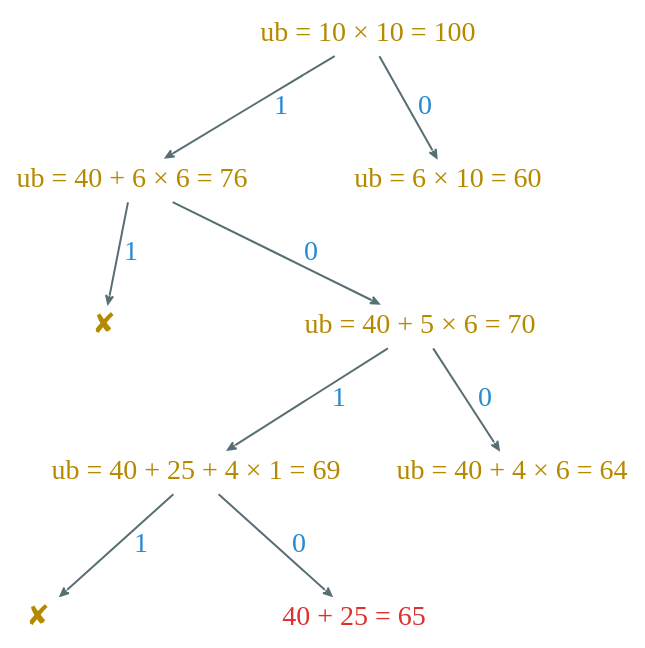
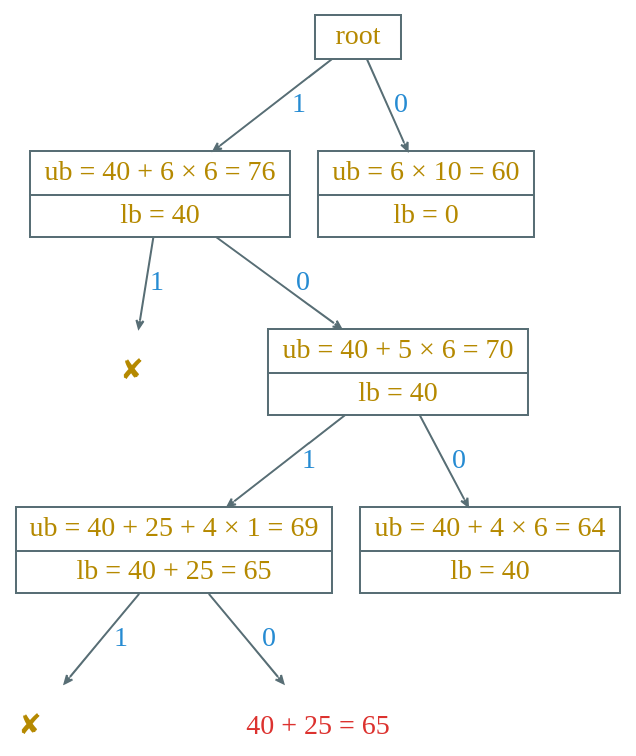
The diagram in dot/bag.dot (Avanti1980/course-alg), drawn with Graphviz before and after one commit. The commit also changed 8 other files, not shown here.

```diff
--- a/dot/bag.dot
+++ b/dot/bag.dot
@@ -1,28 +1,53 @@
 digraph g {
     bgcolor=transparent
     rankdir=TB
-    graph [nodesep=0.2,  ranksep=0.5]
-    node [shape=plaintext,  color="#586e75",  fixedsize=true,  width=2,  height=0.3,  fontcolor="#b58900",  fontsize=14,  fontname="LXGWWenKai"]
+    graph [nodesep=0.2,  ranksep=0.4]
+    node [shape=record,  color="#586e75",  fixedsize=true,  width=0.6,  height=0.3,  fontcolor="#b58900",  fontsize=14,  fontname="LXGWWenKai"]
     edge [arrowhead=vee,  color="#586e75",  fontcolor="#268bd2",  fontsize=14,  fontname="LXGWWenKai",  arrowsize=0.4]
 
-    root [label="ub = 10 × 10 = 100"]
+    root
 
-    root -> "ub = 40 + 6 × 6 = 76" [label=1]
-    root -> "ub = 6 × 10 = 60" [label=0]
+    node [width=1.8, height=0.6]
 
-    n1 [label=✘]
+    n1 [label="{ub = 40 + 6 × 6 = 76|lb = 40}"]
 
-    "ub = 40 + 6 × 6 = 76" -> n1 [label=1]
-    "ub = 40 + 6 × 6 = 76" -> "ub = 40 + 5 × 6 = 70" [label=0]
+    node [width=1.5]
 
-    "ub = 40 + 5 × 6 = 70" -> "ub = 40 + 25 + 4 × 1 = 69" [label=1]
-    "ub = 40 + 5 × 6 = 70" -> "ub = 40 + 4 × 6 = 64" [label=0]
+    n2 [label="{ub = 6 × 10 = 60|lb = 0}"]
 
-    n2 [label=✘]
+    root -> n1 [label=1]
+    root -> n2 [label=0]
 
-    "ub = 40 + 25 + 4 × 1 = 69" -> n2 [label=1]
+    node [shape=plaintext]
+
+    n10 [label=✘]
+
+    n1 -> n10 [label=1]
+
+    node [shape=record, width=1.8]
+
+    n3 [label="{ub = 40 + 5 × 6 = 70|lb = 40}"]
+
+    n1 -> n3 [label=0]
+
+    node [width=2.2]
+
+    n4 [label="{ub = 40 + 25 + 4 × 1 = 69|lb = 40 + 25 = 65}"]
+
+    node [width=1.8]
+
+    n5 [label="{ub = 40 + 4 × 6 = 64|lb = 40}"]
+
+    n3 -> n4 [label=1]
+    n3 -> n5 [label=0]
+
+    node [shape=plaintext]
+
+    n11 [label=✘]
+
+    n4 -> n11 [label=1]
 
     node [fontcolor="#dc322f"]
 
-    "ub = 40 + 25 + 4 × 1 = 69" -> "40 + 25 = 65" [label=0]
+    n4 -> "40 + 25 = 65" [label=0]
 }
```
